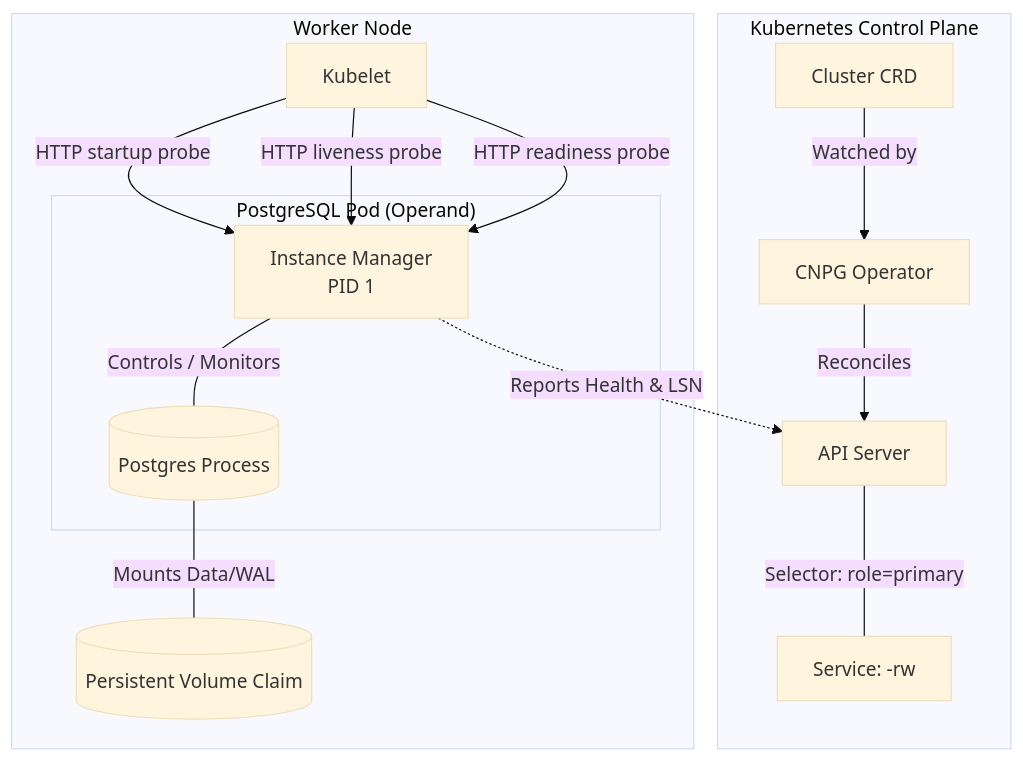
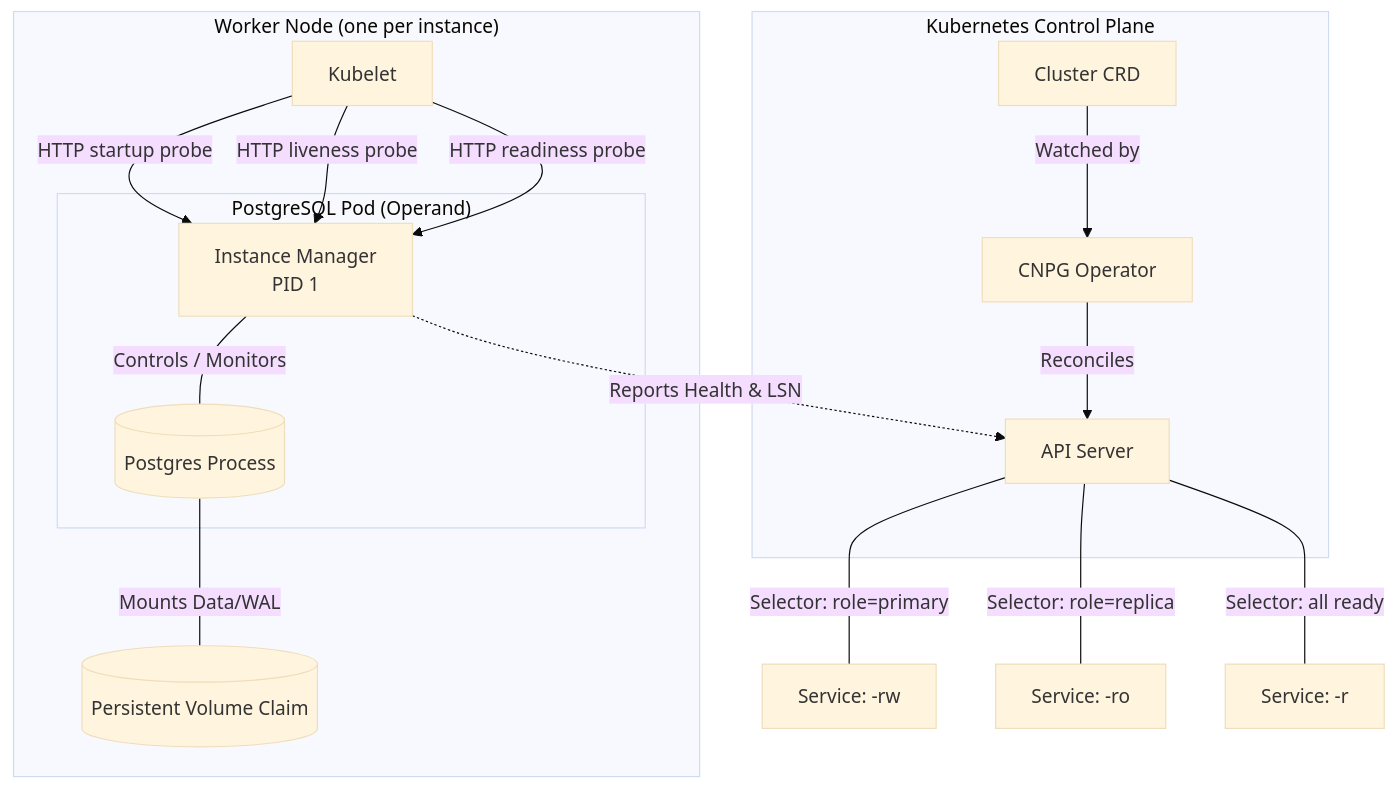
Before and after one commit to cloudnative-pg/cloudnative-pg: the first of 2 diagrams in contribute/technical-architecture.md, drawn with Mermaid (base theme). The commit also changed other lines of this file, not shown here.

````diff
--- a/contribute/technical-architecture.md
+++ b/contribute/technical-architecture.md
@@ -40,38 +41,43 @@
 ```mermaid
 graph TD
     subgraph Control_Plane [Kubernetes Control Plane]
         Cluster[Cluster CRD]
         Operator[CNPG Operator]
         K8sAPI[API Server]
-        SvcRW[Service: -rw]
     end
 
-    subgraph Node ["Worker Node"]
+    subgraph Node ["Worker Node (one per instance)"]
         Kubelet[Kubelet]
 
         subgraph Pod ["PostgreSQL Pod (Operand)"]
             IM[Instance Manager <br/> PID 1]
             PG[(Postgres Process)]
 
             IM ---|Controls / Monitors| PG
         end
 
         PVC[(Persistent Volume Claim)]
     end
+
+    SvcRW[Service: -rw]
+    SvcRO[Service: -ro]
+    SvcR[Service: -r]
 
     %% Probes
     Kubelet -->|HTTP startup probe| IM
     Kubelet -->|HTTP liveness probe| IM
     Kubelet -->|HTTP readiness probe| IM
 
     %% Logic & Persistence
     Cluster -->|Watched by| Operator
     Operator -->|Reconciles| K8sAPI
     IM -.->|Reports Health & LSN| K8sAPI
 
     PG ---|Mounts Data/WAL| PVC
 
     %% Traffic Routing
     K8sAPI ---|Selector: role=primary| SvcRW
+    K8sAPI ---|Selector: role=replica| SvcRO
+    K8sAPI ---|Selector: all ready| SvcR
 
 ```
````
